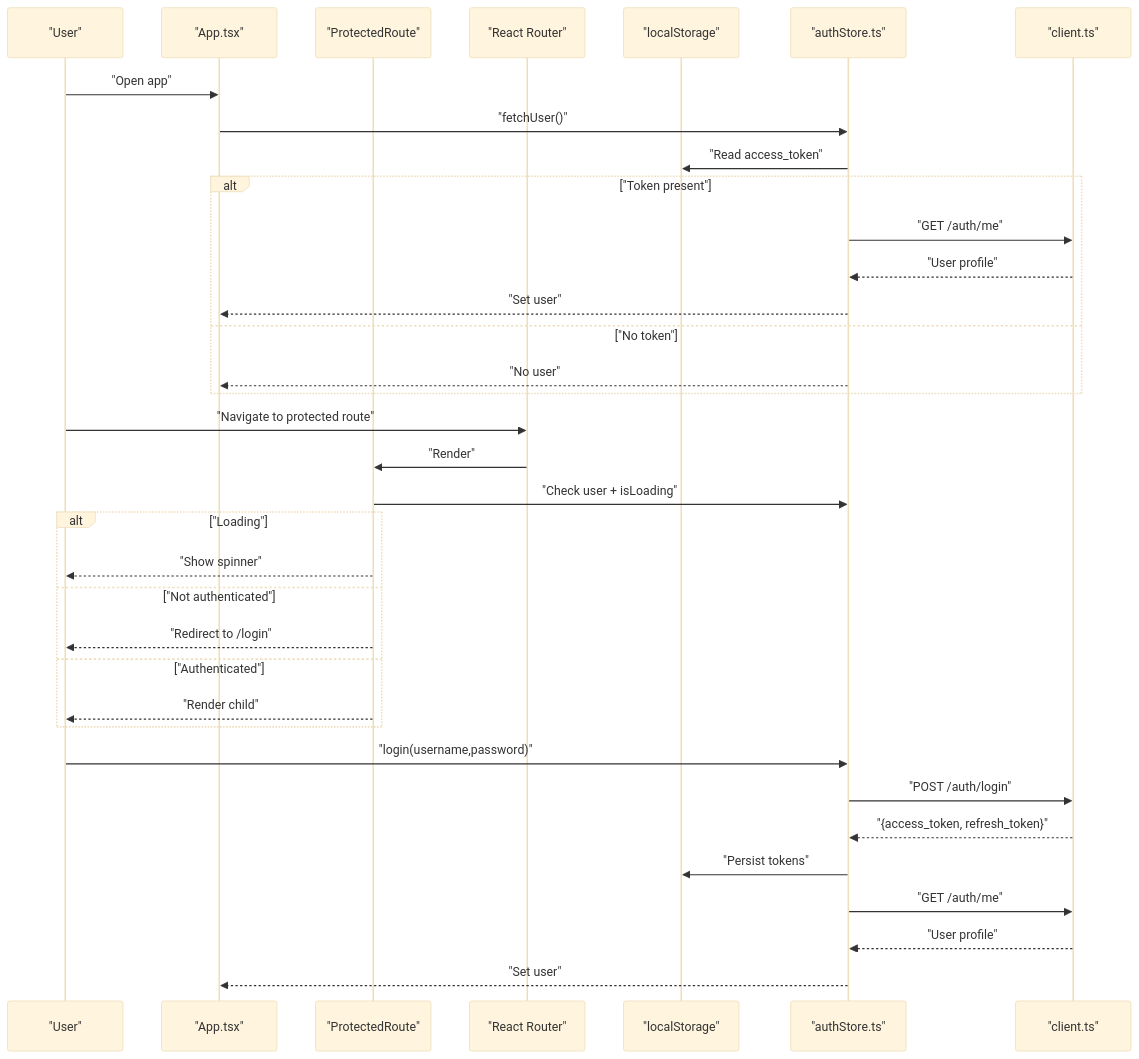
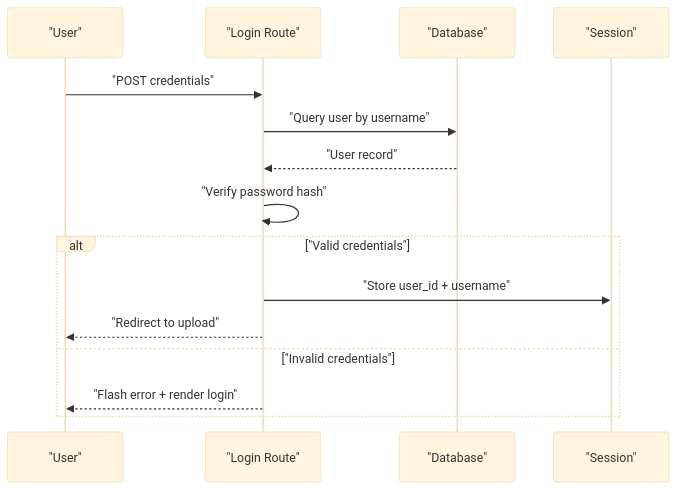
Before and after one commit to PolarisW007/PolaZhenJing: the fourth of 6 diagrams in .qoder/repowiki/en/content/Frontend Application/Frontend Application.md, drawn with Mermaid (base theme). The commit also changed other lines of this file and 153 other files, not shown here.

````diff
--- a/.qoder/repowiki/en/content/Frontend Application/Frontend Application.md
+++ b/.qoder/repowiki/en/content/Frontend Application/Frontend Application.md
@@ -188,37 +197,17 @@
 ```mermaid
 sequenceDiagram
 participant U as "User"
-participant App as "App.tsx"
-participant PR as "ProtectedRoute"
-participant R as "React Router"
-participant LS as "localStorage"
-participant Store as "authStore.ts"
-participant API as "client.ts"
-U->>App : "Open app"
-App->>Store : "fetchUser()"
-Store->>LS : "Read access_token"
-alt "Token present"
-Store->>API : "GET /auth/me"
-API-->>Store : "User profile"
-Store-->>App : "Set user"
-else "No token"
-Store-->>App : "No user"
+participant L as "Login Route"
+participant DB as "Database"
+participant S as "Session"
+U->>L : "POST credentials"
+L->>DB : "Query user by username"
+DB-->>L : "User record"
+L->>L : "Verify password hash"
+alt "Valid credentials"
+L->>S : "Store user_id + username"
+L-->>U : "Redirect to upload"
+else "Invalid credentials"
+L-->>U : "Flash error + render login"
 end
-U->>R : "Navigate to protected route"
-R->>PR : "Render"
-PR->>Store : "Check user + isLoading"
-alt "Loading"
-PR-->>U : "Show spinner"
-else "Not authenticated"
-PR-->>U : "Redirect to /login"
-else "Authenticated"
-PR-->>U : "Render child"
-end
-U->>Store : "login(username,password)"
-Store->>API : "POST /auth/login"
-API-->>Store : "{access_token, refresh_token}"
-Store->>LS : "Persist tokens"
-Store->>API : "GET /auth/me"
-API-->>Store : "User profile"
-Store-->>App : "Set user"
 ```
````
